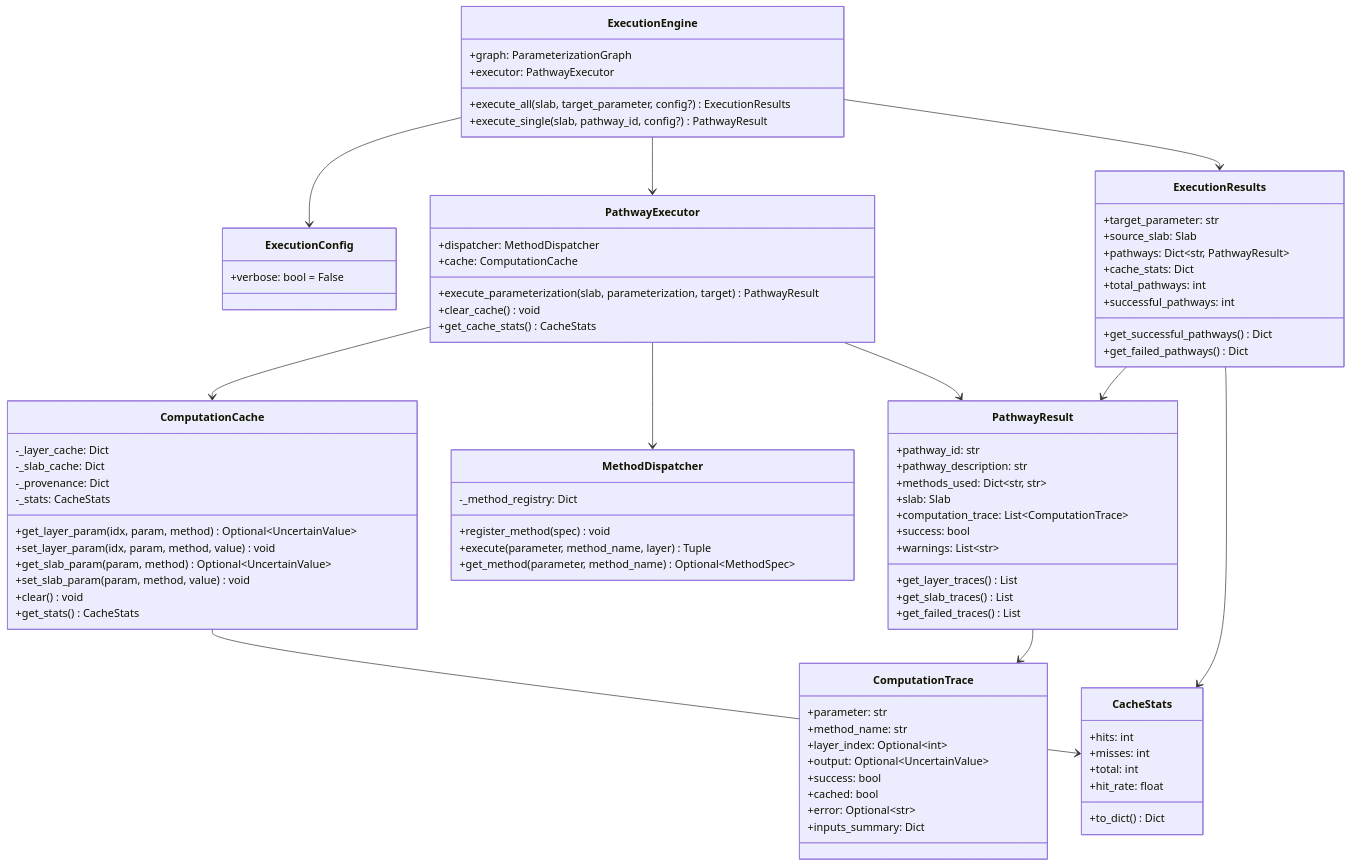
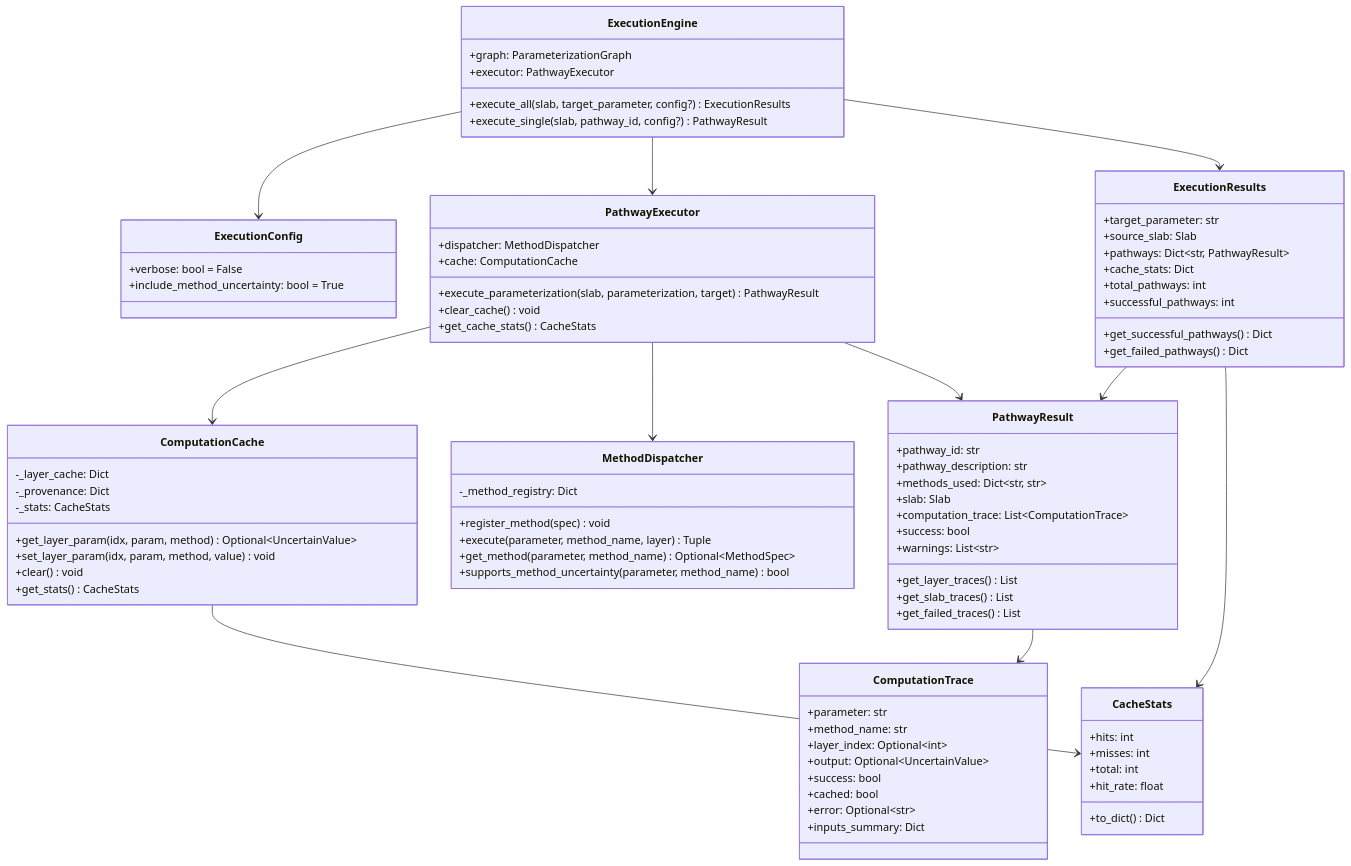
Before and after one commit to connellymk/SnowPyt-MechParams: the second of 7 diagrams in docs/execution_engine.md, drawn with Mermaid. The commit also changed other lines of this file and 3 other files, not shown here.

```diff
--- a/docs/execution_engine.md
+++ b/docs/execution_engine.md
@@ -122,6 +123,7 @@
     
     class ExecutionConfig {
         +verbose: bool = False
+        +include_method_uncertainty: bool = True
     }
     
     class PathwayExecutor {
@@ -134,13 +136,10 @@
     
     class ComputationCache {
         -_layer_cache: Dict
-        -_slab_cache: Dict
         -_provenance: Dict
         -_stats: CacheStats
         +get_layer_param(idx, param, method) Optional~UncertainValue~
         +set_layer_param(idx, param, method, value) void
-        +get_slab_param(param, method) Optional~UncertainValue~
-        +set_slab_param(param, method, value) void
         +clear() void
         +get_stats() CacheStats
     }
@@ -150,6 +149,7 @@
         +register_method(spec) void
         +execute(parameter, method_name, layer) Tuple
         +get_method(parameter, method_name) Optional~MethodSpec~
+        +supports_method_uncertainty(parameter, method_name) bool
     }
     
     class ExecutionResults {
```
